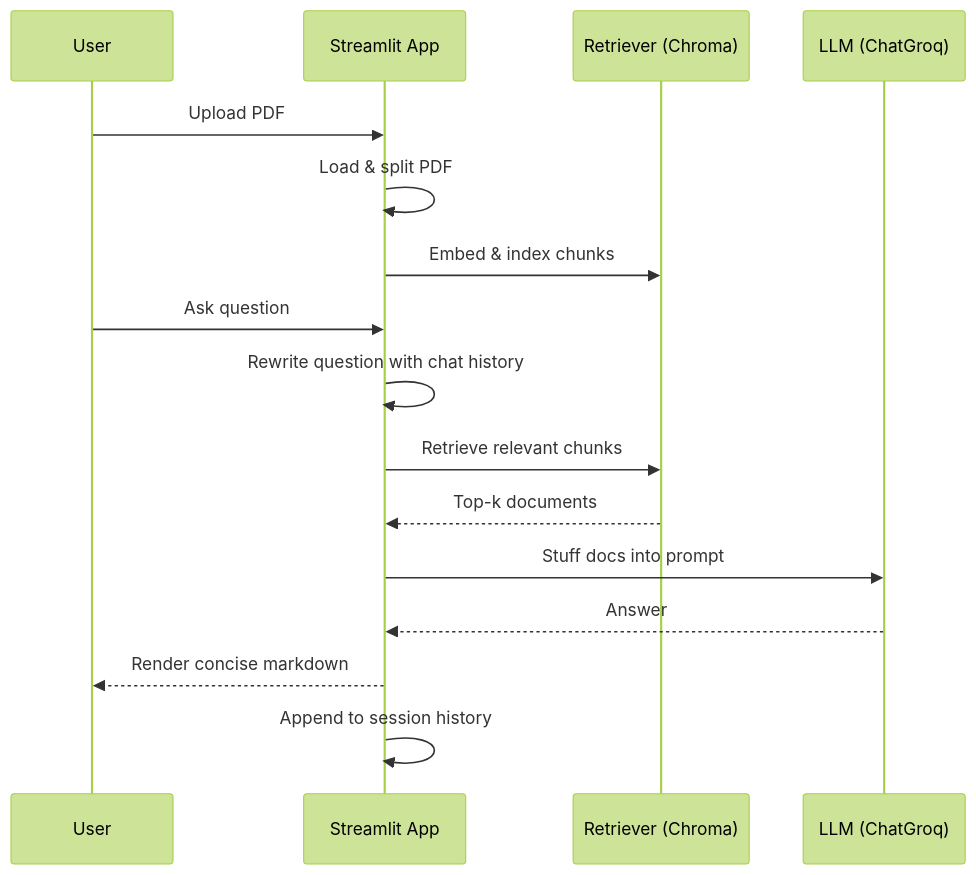
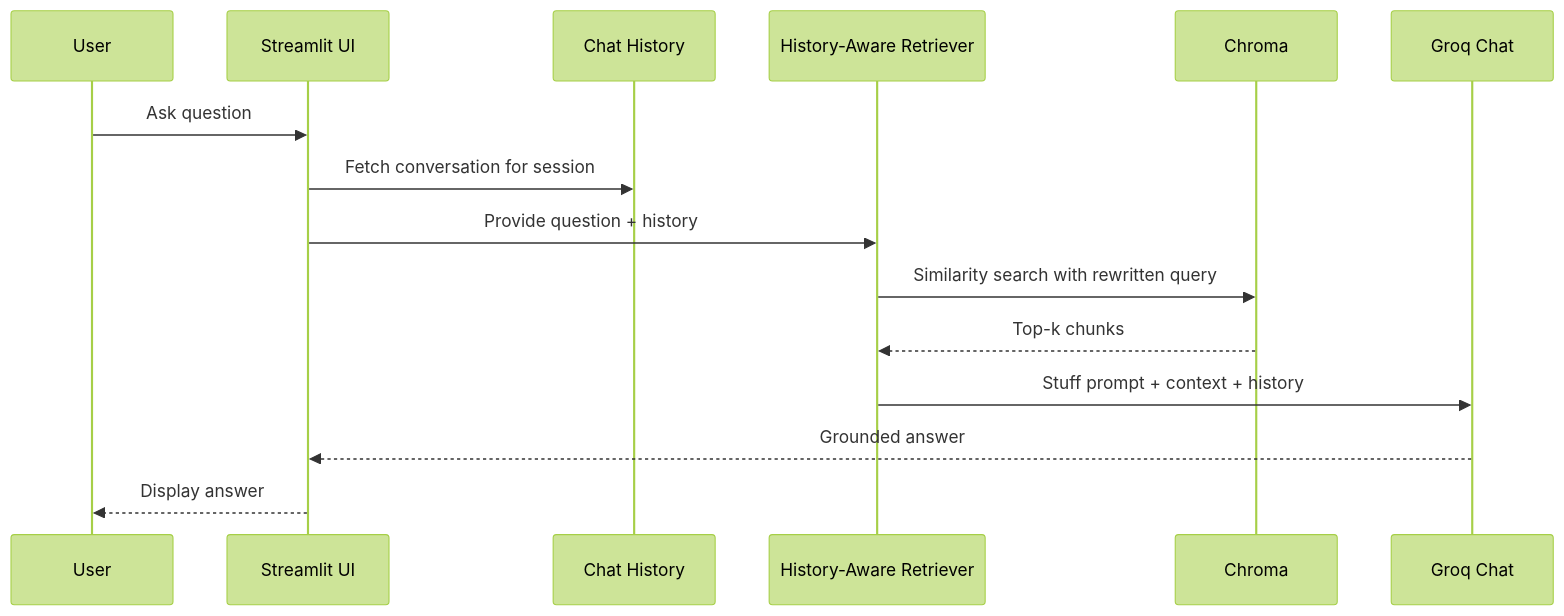
One commit to jagadeshchilla/RAG-Document-Q-A2 changed the second of 2 diagrams in README.md. Above: the diagram before and after it, drawn with Mermaid (forest theme). The commit also changed other lines of this file, not shown here.

````diff
--- a/README.md
+++ b/README.md
@@ -66,19 +55,18 @@
 ```mermaid
 sequenceDiagram
-    participant U as User
-    participant S as Streamlit App
-    participant R as Retriever (Chroma)
-    participant L as LLM (ChatGroq)
+    participant User
+    participant UI as Streamlit UI
+    participant Hist as Chat History
+    participant Ret as History-Aware Retriever
+    participant DB as Chroma
+    participant LLM as Groq Chat
 
-    U->>S: Upload PDF
-    S->>S: Load & split PDF
-    S->>R: Embed & index chunks
-    U->>S: Ask question
-    S->>S: Rewrite question with chat history
-    S->>R: Retrieve relevant chunks
-    R-->>S: Top-k documents
-    S->>L: Stuff docs into prompt
-    L-->>S: Answer
-    S-->>U: Render concise markdown
-    S->>S: Append to session history
+    User->>UI: Ask question
+    UI->>Hist: Fetch conversation for session
+    UI->>Ret: Provide question + history
+    Ret->>DB: Similarity search with rewritten query
+    DB-->>Ret: Top-k chunks
+    Ret->>LLM: Stuff prompt + context + history
+    LLM-->>UI: Grounded answer
+    UI-->>User: Display answer
 ```
````
